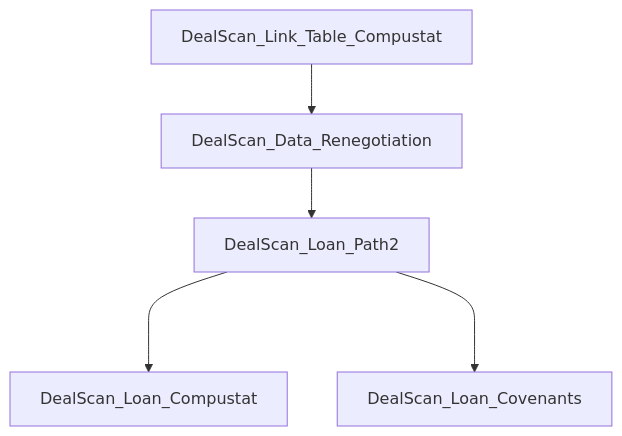
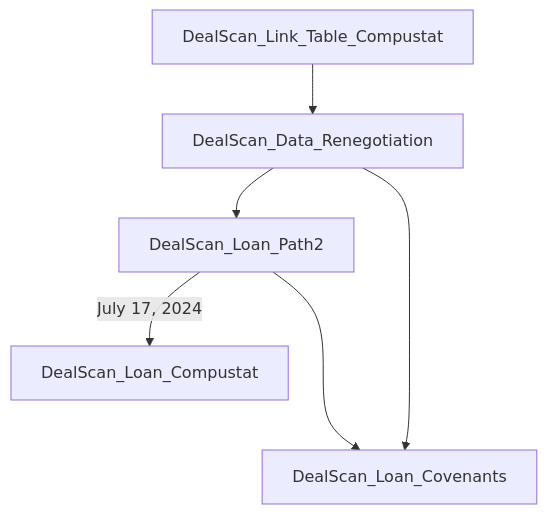
The diagram in research/project-2024/DealScan2024/readme.md (hongyileoxu/hongyileoxu.github.io), drawn with Mermaid before and after one commit.

````diff
--- a/research/project-2024/DealScan2024/readme.md
+++ b/research/project-2024/DealScan2024/readme.md
@@ -1,6 +1,7 @@
 ```mermaid
 flowchart TD;
     A[DealScan_Link_Table_Compustat] --> B[DealScan_Data_Renegotiation] --> C[DealScan_Loan_Path2];
-    C[DealScan_Loan_Path2] ---> D[DealScan_Loan_Compustat];
+    C[DealScan_Loan_Path2] --July 17, 2024--> D[DealScan_Loan_Compustat];
     C[DealScan_Loan_Path2] ---> D2[DealScan_Loan_Covenants];
+    B --> D2; 
 ```
````
